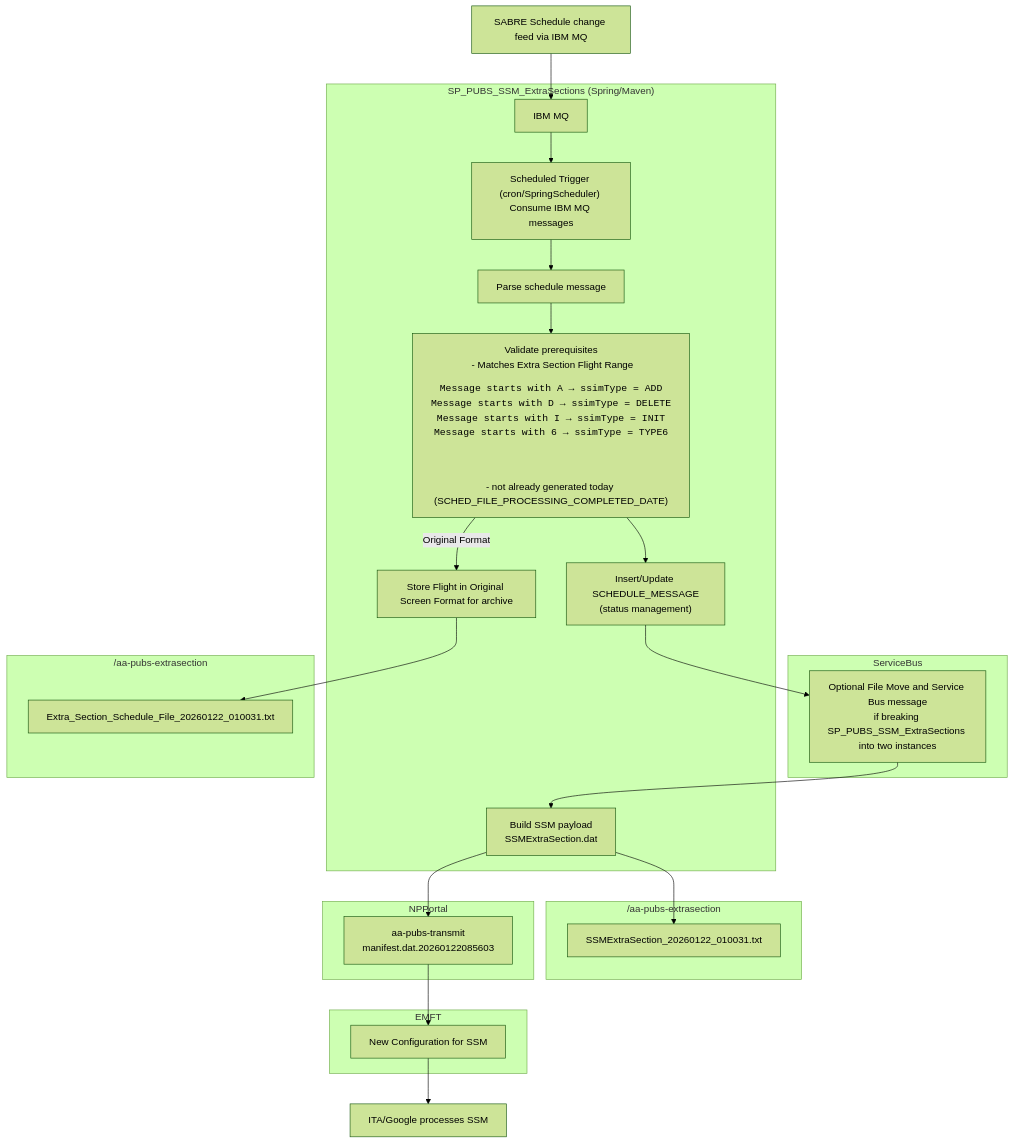
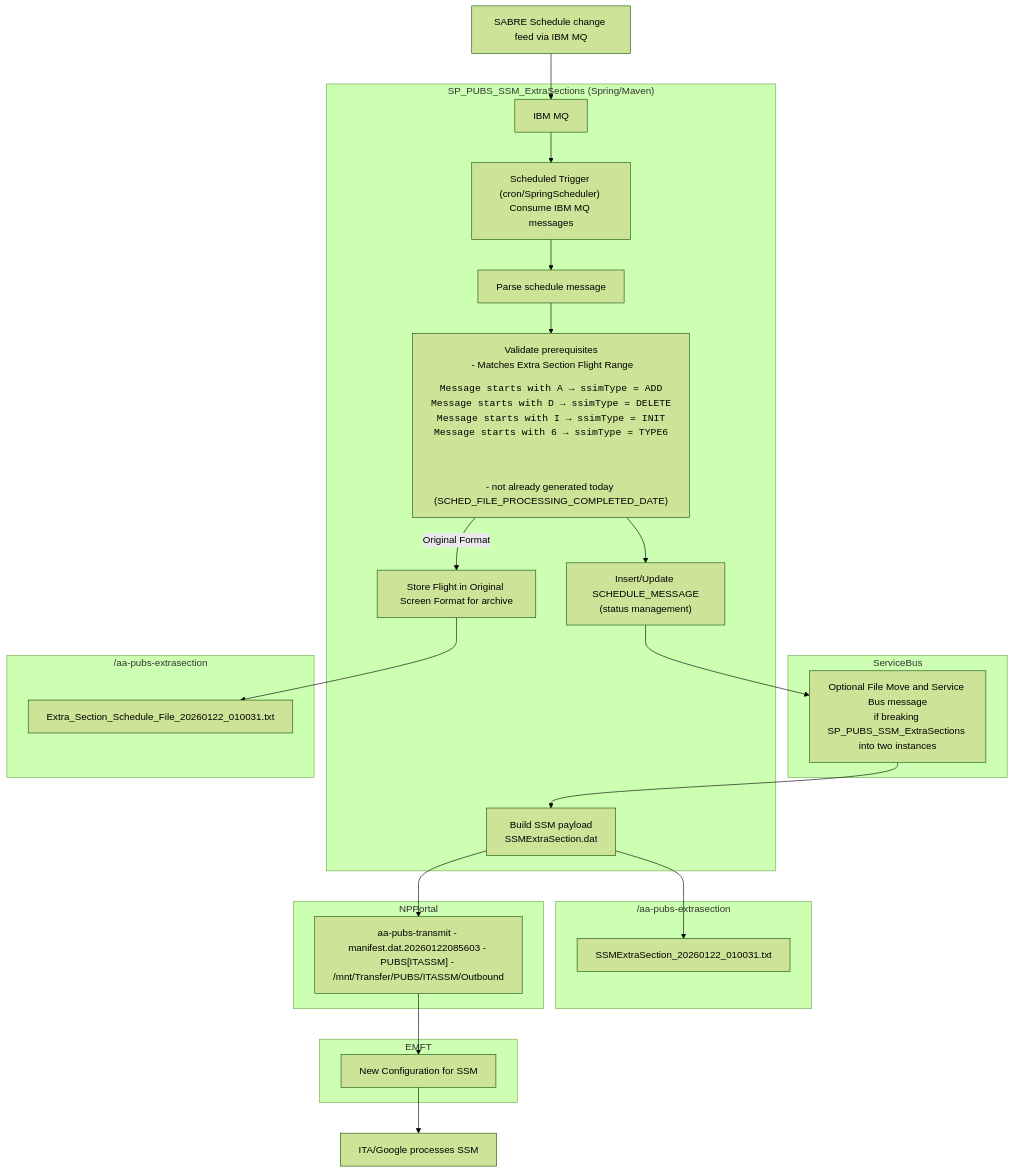
The diagram in README.md (GarrenBagley366/SP_PUBS_SSM_ExtraSections), drawn with Mermaid (forest theme) before and after one commit.

Commit message:
Update message in README for clarity

````diff
--- a/README.md
+++ b/README.md
@@ -18,61 +18,61 @@
 ```mermaid
 flowchart TD
   %% Sources
   SABRE["SABRE Schedule change feed via IBM MQ"] --> MQ["IBM MQ"]
 
   %% Generator
   subgraph GEN["SP_PUBS_SSM_ExtraSections (Spring/Maven)"]
     MQ --> G1["Scheduled Trigger (cron/SpringScheduler) Consume IBM MQ messages"]
     G1 --> G2["Parse schedule message"]
     click G2 href "https://github.com/AAInternal/FltInvhub_Schedule_FileProcessor/wiki/File-Processor-Business-Rules"
 G2 --> G2A["Validate prerequisites<br/> - Matches Extra Section Flight Range
 <pre>
 Message starts with A → ssimType = ADD
 Message starts with D → ssimType = DELETE
 Message starts with I → ssimType = INIT
 Message starts with 6 → ssimType = TYPE6
 </pre><br/>
 - not already generated today (SCHED_FILE_PROCESSING_COMPLETED_DATE)<br/>"]
     G2A --> G3["Insert/Update SCHEDULE_MESSAGE<br/>(status management)"]
     G2A -->|Original Format| G4["Store Flight in Original Screen Format for archive<br/>"]
     
      G8["Build SSM payload<br/> SSMExtraSection.dat"]
   end
 
   %% Message Bus
   subgraph ServiceBus
     SB["Optional File Move and Service Bus message<br>if breaking SP_PUBS_SSM_ExtraSections into two instances "]
   end
 
   subgraph DIR["/aa-pubs-extrasection"]
     FA["Extra_Section_Schedule_File_20260122_010031.txt"]
   end
 
   subgraph DIRT["/aa-pubs-extrasection"]
     FB["SSMExtraSection_20260122_010031.txt"]
   end
 
   %% Message Bus
   subgraph NPPortal
-    FT["aa-pubs-transmit<br>manifest.dat.20260122085603"]
+    FT["aa-pubs-transmit - manifest.dat.20260122085603 - PUBS[ITASSM] - /mnt/Transfer/PUBS/ITASSM/Outbound "]
   end
 
   %% Consumer Application Nodes
   subgraph EMFT
     C1["New Configuration for SSM"]
 
   end
 
   %% External system
   EXT["ITA/Google processes SSM"]
 
   %% Edges
   G3 --> SB
   G4 --> FA
   SB --> G8
   G8 --> FT
   G8 --> FB
   FT --> C1
   C1 --> EXT
 
 ```
````
